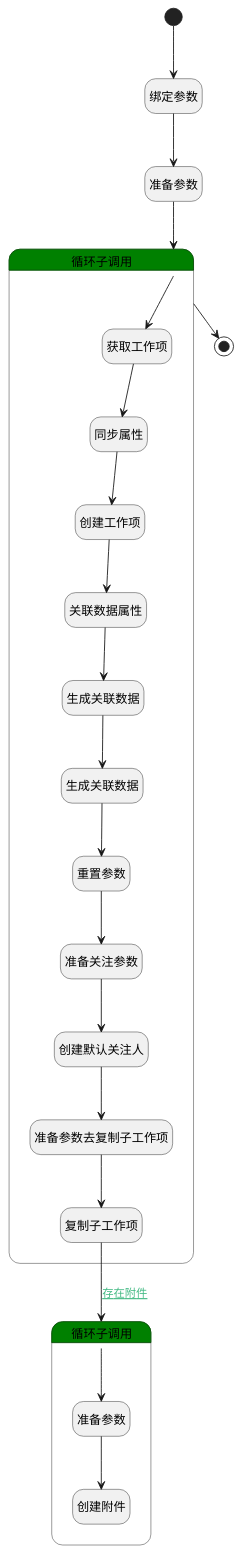
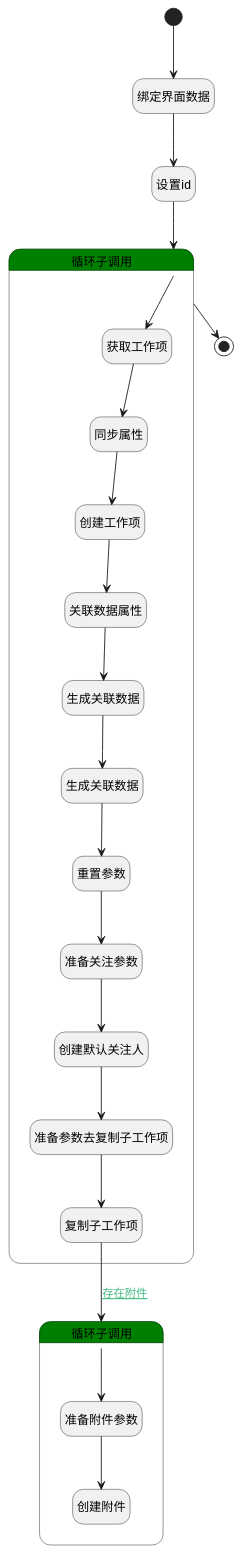
The diagram in doc/docsify/module/ProjMgmt/work_item/logic/copy_work_item.md (iBizLab/plm), drawn with PlantUML before and after one commit. The commit also changed other lines of this file and 2688 other files, not shown here.

````diff
--- a/doc/docsify/module/ProjMgmt/work_item/logic/copy_work_item.md
+++ b/doc/docsify/module/ProjMgmt/work_item/logic/copy_work_item.md
@@ -7,55 +7,55 @@
 ```plantuml
 @startuml
 hide empty description
 <style>
 root {
   HyperlinkColor #42b983
 }
 </style>
 
 hide empty description
 state "开始" as Begin <<start>> [[$./copy_work_item#begin {"开始"}]]
-state "绑定参数" as BINDPARAM1  [[$./copy_work_item#bindparam1 {"绑定参数"}]]
-state "准备参数" as PREPAREPARAM5  [[$./copy_work_item#prepareparam5 {"准备参数"}]]
+state "绑定界面数据" as BINDPARAM1  [[$./copy_work_item#bindparam1 {"绑定界面数据"}]]
+state "设置id" as PREPAREPARAM5  [[$./copy_work_item#prepareparam5 {"设置id"}]]
 state "结束" as END1 <<end>> [[$./copy_work_item#end1 {"结束"}]]
 state "循环子调用" as LOOPSUBCALL1  [[$./copy_work_item#loopsubcall1 {"循环子调用"}]] #green {
 state "获取工作项" as DEACTION4  [[$./copy_work_item#deaction4 {"获取工作项"}]]
 state "同步属性" as PREPAREPARAM2  [[$./copy_work_item#prepareparam2 {"同步属性"}]]
 state "创建工作项" as DEACTION1  [[$./copy_work_item#deaction1 {"创建工作项"}]]
 state "关联数据属性" as PREPAREPARAM8  [[$./copy_work_item#prepareparam8 {"关联数据属性"}]]
 state "生成关联数据" as DEACTION6  [[$./copy_work_item#deaction6 {"生成关联数据"}]]
 state "生成关联数据" as DEACTION7  [[$./copy_work_item#deaction7 {"生成关联数据"}]]
 state "重置参数" as RESETPARAM1  [[$./copy_work_item#resetparam1 {"重置参数"}]]
 state "准备关注参数" as PREPAREPARAM7  [[$./copy_work_item#prepareparam7 {"准备关注参数"}]]
 state "创建默认关注人" as DEACTION5  [[$./copy_work_item#deaction5 {"创建默认关注人"}]]
 state "准备参数去复制子工作项" as PREPAREPARAM6  [[$./copy_work_item#prepareparam6 {"准备参数去复制子工作项"}]]
 state "复制子工作项" as DELOGIC1  [[$./copy_work_item#delogic1 {"复制子工作项"}]]
 }
 state "循环子调用" as LOOPSUBCALL2  [[$./copy_work_item#loopsubcall2 {"循环子调用"}]] #green {
-state "准备参数" as PREPAREPARAM4  [[$./copy_work_item#prepareparam4 {"准备参数"}]]
+state "准备附件参数" as PREPAREPARAM4  [[$./copy_work_item#prepareparam4 {"准备附件参数"}]]
 state "创建附件" as DEACTION3  [[$./copy_work_item#deaction3 {"创建附件"}]]
 }
 
 
 Begin --> BINDPARAM1
 BINDPARAM1 --> PREPAREPARAM5
 PREPAREPARAM5 --> LOOPSUBCALL1
 LOOPSUBCALL1 --> DEACTION4
 DEACTION4 --> PREPAREPARAM2
 PREPAREPARAM2 --> DEACTION1
 DEACTION1 --> PREPAREPARAM8
 PREPAREPARAM8 --> DEACTION6
 DEACTION6 --> DEACTION7
 DEACTION7 --> RESETPARAM1
 RESETPARAM1 --> PREPAREPARAM7
 PREPAREPARAM7 --> DEACTION5
 DEACTION5 --> PREPAREPARAM6
 PREPAREPARAM6 --> DELOGIC1
 DELOGIC1 --> LOOPSUBCALL2 : [[$./copy_work_item#delogic1-loopsubcall2{存在附件} 存在附件]]
 LOOPSUBCALL2 --> PREPAREPARAM4
 PREPAREPARAM4 --> DEACTION3
 LOOPSUBCALL1 --> END1
 
 
 @enduml
 ```
````
